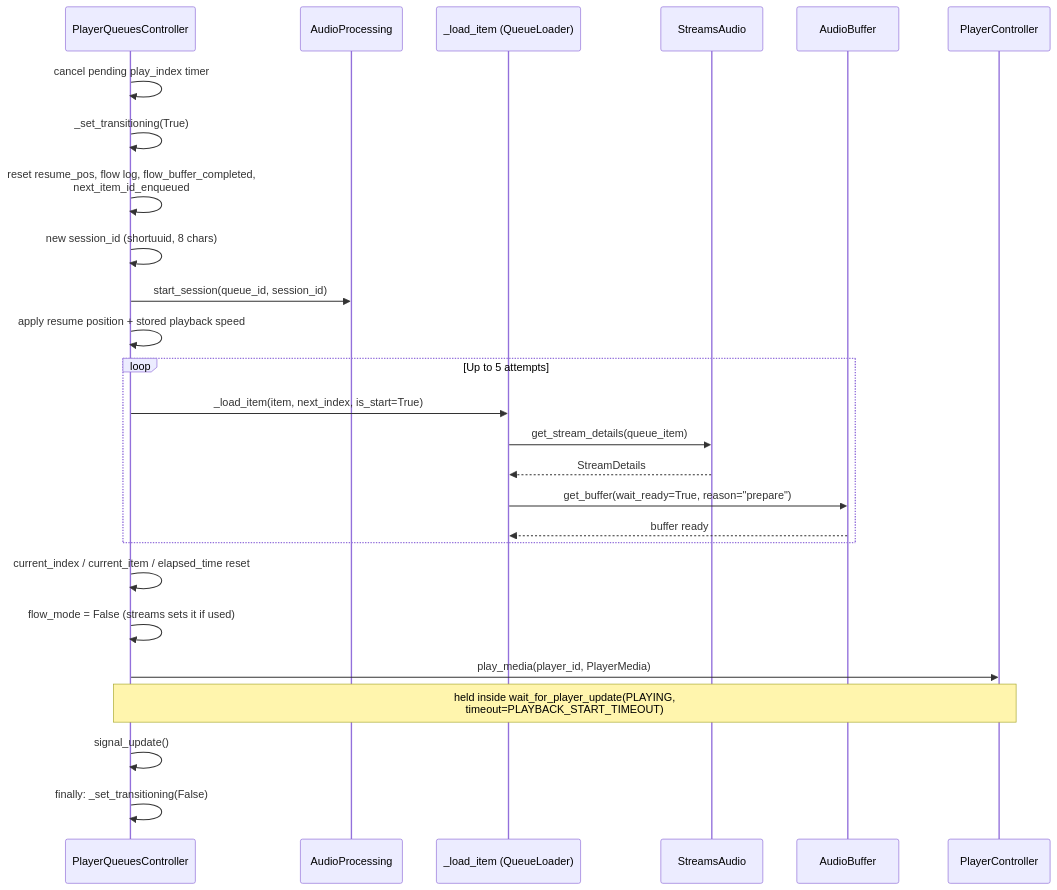
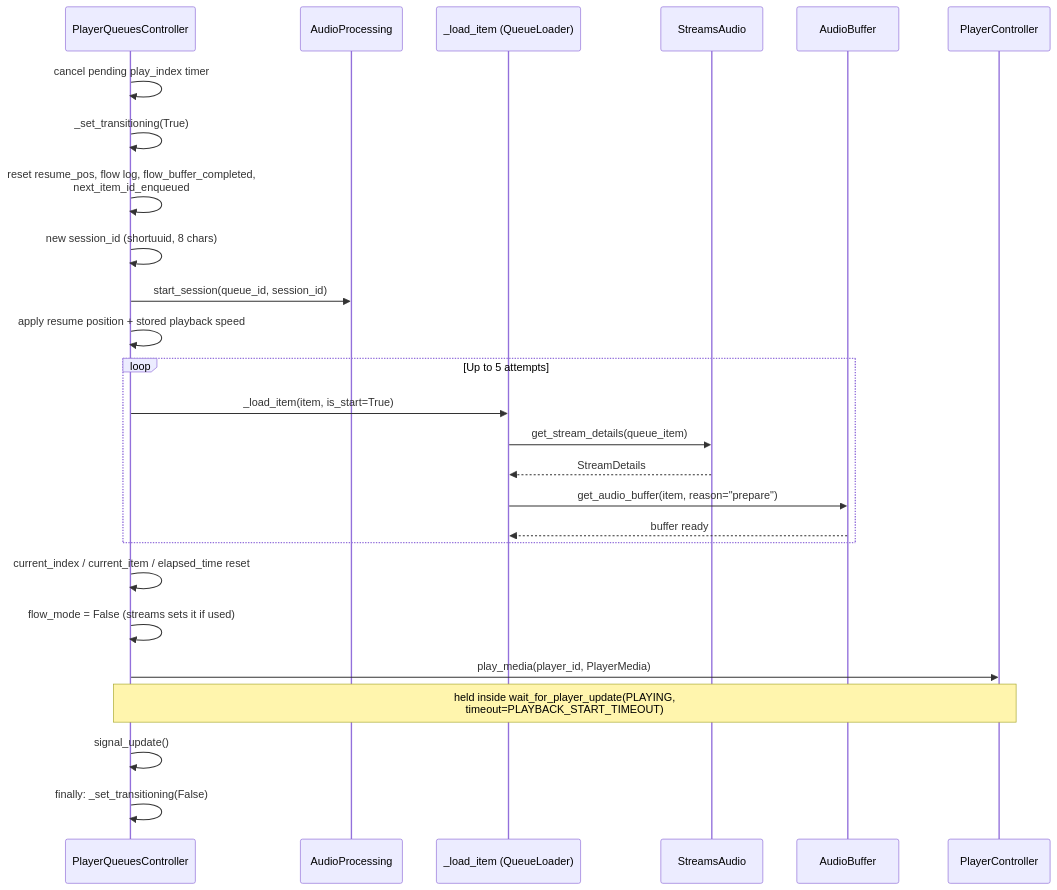
One commit to theturtle32/music-assistant-server changed the second of 2 diagrams in docs/architecture/09-player-queues.md. Above: the diagram before and after it, drawn with Mermaid. The commit also changed other lines of this file and 1 other file, not shown here.

First line of the commit message:
docs(architecture): refresh player queues and audio analysis

````diff
--- a/docs/architecture/09-player-queues.md
+++ b/docs/architecture/09-player-queues.md
@@ -476,31 +512,31 @@
 ```mermaid
 sequenceDiagram
     participant PQ as PlayerQueuesController
     participant AP as AudioProcessing
     participant LI as _load_item (QueueLoader)
     participant SA as StreamsAudio
     participant AB as AudioBuffer
     participant PC as PlayerController
 
     PQ->>PQ: cancel pending play_index timer
     PQ->>PQ: _set_transitioning(True)
     PQ->>PQ: reset resume_pos, flow log, flow_buffer_completed,<br/>next_item_id_enqueued
     PQ->>PQ: new session_id (shortuuid, 8 chars)
     PQ->>AP: start_session(queue_id, session_id)
     PQ->>PQ: apply resume position + stored playback speed
 
     loop Up to 5 attempts
-        PQ->>LI: _load_item(item, next_index, is_start=True)
+        PQ->>LI: _load_item(item, is_start=True)
         LI->>SA: get_stream_details(queue_item)
         SA-->>LI: StreamDetails
-        LI->>AB: get_buffer(wait_ready=True, reason="prepare")
+        LI->>AB: get_audio_buffer(item, reason="prepare")
         AB-->>LI: buffer ready
     end
 
     PQ->>PQ: current_index / current_item / elapsed_time reset
     PQ->>PQ: flow_mode = False (streams sets it if used)
     PQ->>PC: play_media(player_id, PlayerMedia)
     Note over PQ,PC: held inside wait_for_player_update(PLAYING,<br/>timeout=PLAYBACK_START_TIMEOUT)
     PQ->>PQ: signal_update()
     PQ->>PQ: finally: _set_transitioning(False)
 ```
````
